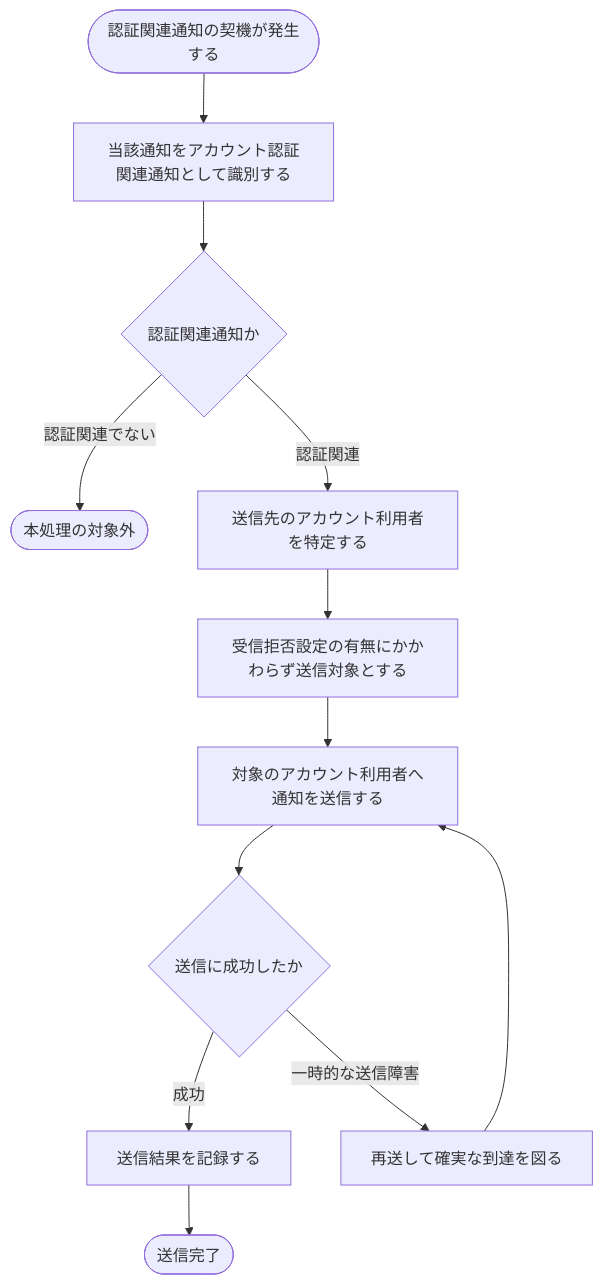
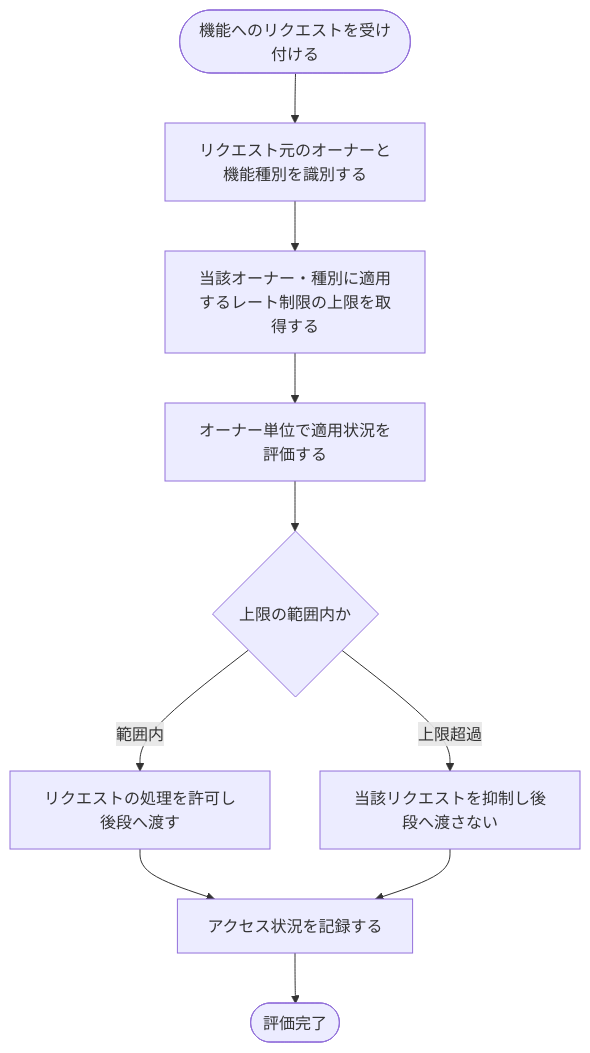
Before and after one commit to sikakou54/open-faq: the diagram in 02_basic_design/02_backend/01_system/SYS-008.md, drawn with Mermaid. The commit also changed other lines of this file and 395 other files, not shown here.

````diff
--- a/02_basic_design/02_backend/01_system/SYS-008.md
+++ b/02_basic_design/02_backend/01_system/SYS-008.md
@@ -27,14 +29,12 @@
 ```mermaid
 flowchart TB
-  A([認証関連通知の契機が発生する]) --> B[当該通知をアカウント認証関連通知として識別する]
-  B --> C{認証関連通知か}
-  C -->|認証関連でない| Z([本処理の対象外])
-  C -->|認証関連| D[送信先のアカウント利用者を特定する]
-  D --> E[受信拒否設定の有無にかかわらず送信対象とする]
-  E --> F[対象のアカウント利用者へ通知を送信する]
-  F --> G{送信に成功したか}
-  G -->|成功| H[送信結果を記録する]
-  G -->|一時的な送信障害| I[再送して確実な到達を図る]
-  I --> F
-  H --> J([送信完了])
+  A([機能へのリクエストを受け付ける]) --> B[リクエスト元のオーナーと機能種別を識別する]
+  B --> C[当該オーナー・種別に適用するレート制限の上限を取得する]
+  C --> D[オーナー単位で適用状況を評価する]
+  D --> E{上限の範囲内か}
+  E -->|範囲内| F[リクエストの処理を許可し後段へ渡す]
+  E -->|上限超過| G[当該リクエストを抑制し後段へ渡さない]
+  F --> H[アクセス状況を記録する]
+  G --> H
+  H --> Z([評価完了])
 ```
````
